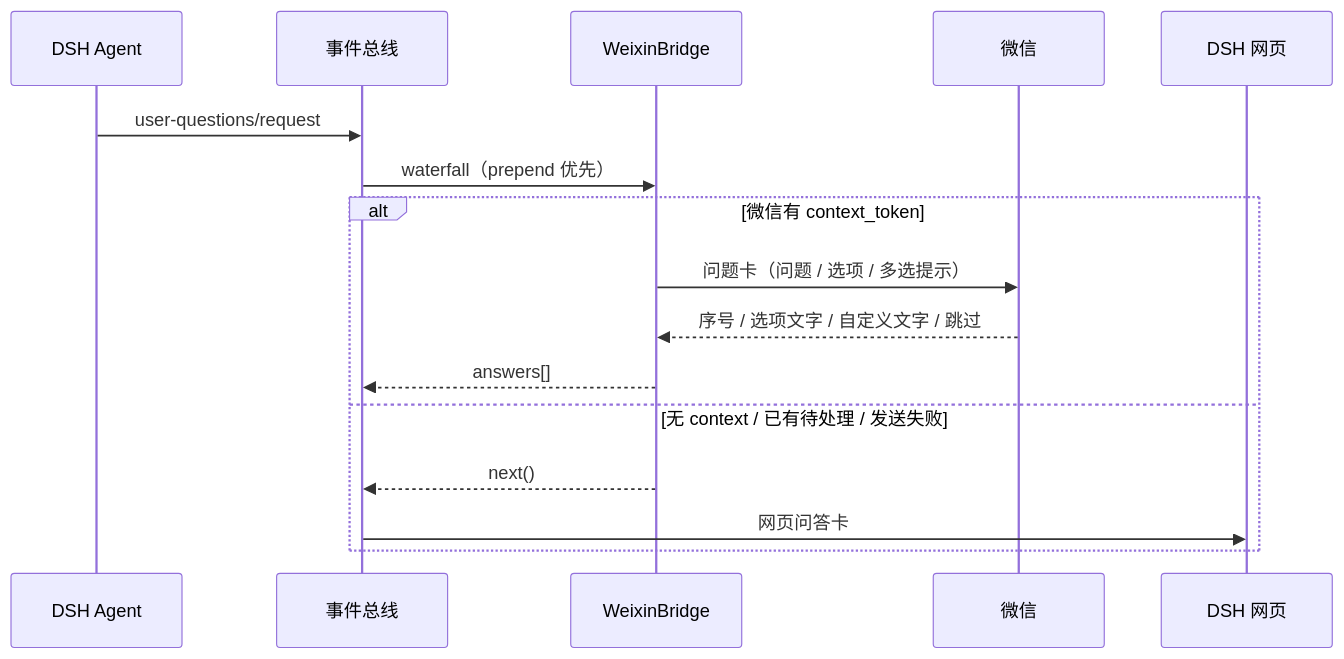
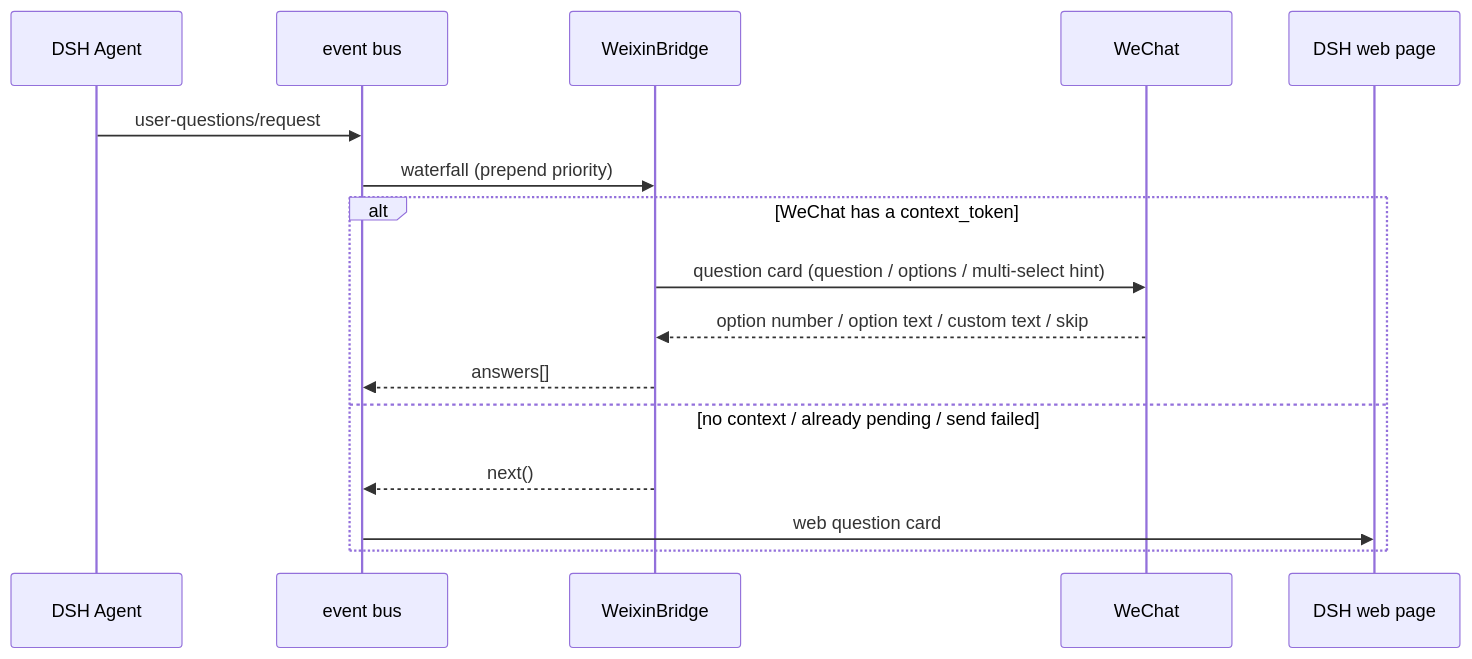
Before and after one commit to open2ai/dsh-gateway-mobile: the seventh of 10 diagrams in docs/architecture-flow.md, drawn with Mermaid. The commit also changed other lines of this file and 85 other files, not shown here.

````diff
--- a/docs/architecture-flow.md
+++ b/docs/architecture-flow.md
@@ -281,19 +283,19 @@
 ```mermaid
 sequenceDiagram
   participant D as DSH Agent
-  participant E as 事件总线
+  participant E as event bus
   participant B as WeixinBridge
-  participant WX as 微信
-  participant WEB as DSH 网页
+  participant WX as WeChat
+  participant WEB as DSH web page
 
   D->>E: user-questions/request
-  E->>B: waterfall（prepend 优先）
-  alt 微信有 context_token
-    B->>WX: 问题卡（问题 / 选项 / 多选提示）
-    WX-->>B: 序号 / 选项文字 / 自定义文字 / 跳过
+  E->>B: waterfall (prepend priority)
+  alt WeChat has a context_token
+    B->>WX: question card (question / options / multi-select hint)
+    WX-->>B: option number / option text / custom text / skip
     B-->>E: answers[]
-  else 无 context / 已有待处理 / 发送失败
+  else no context / already pending / send failed
     B-->>E: next()
-    E->>WEB: 网页问答卡
+    E->>WEB: web question card
   end
 ```
````
